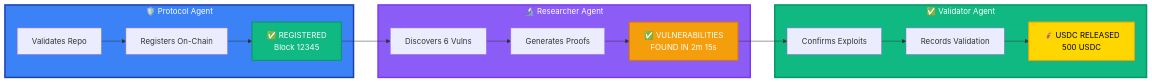
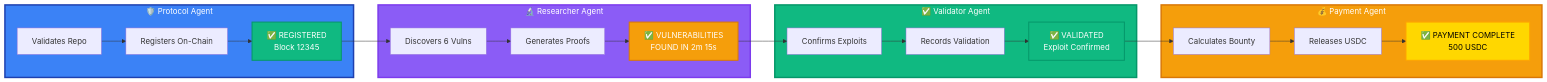
One commit to jul1angr1s/AI_Bug_Bountry_App changed the first of 11 diagrams in README.md. Above: the diagram before and after it, drawn with Mermaid. The commit also changed other lines of this file and 2 other files, not shown here.

First line of the commit message:
docs: update READMEs with recent architecture and security improvements

````diff
--- a/README.md
+++ b/README.md
@@ -56,34 +56,44 @@
 ```mermaid
 graph LR
     subgraph Protocol["🛡️ Protocol Agent"]
         P1[Validates Repo]
         P2[Registers On-Chain]
         P3[✅ REGISTERED<br/>Block 12345]
     end
 
     subgraph Researcher["🔬 Researcher Agent"]
         R1[Discovers 6 Vulns]
         R2[Generates Proofs]
         R3[✅ VULNERABILITIES<br/>FOUND IN 2m 15s]
     end
 
     subgraph Validator["✅ Validator Agent"]
         V1[Confirms Exploits]
         V2[Records Validation]
-        V3[💰 USDC RELEASED<br/>500 USDC]
+        V3[✅ VALIDATED<br/>Exploit Confirmed]
+    end
+
+    subgraph Payment["💰 Payment Agent"]
+        PM1[Calculates Bounty]
+        PM2[Releases USDC]
+        PM3[✅ PAYMENT COMPLETE<br/>500 USDC]
     end
 
     P1 --> P2 --> P3
     P3 --> R1
     R1 --> R2 --> R3
     R3 --> V1
     V1 --> V2 --> V3
+    V3 --> PM1
+    PM1 --> PM2 --> PM3
 
     style Protocol fill:#3B82F6,stroke:#1E40AF,stroke-width:3px,color:#fff
     style Researcher fill:#8B5CF6,stroke:#7C3AED,stroke-width:3px,color:#fff
     style Validator fill:#10B981,stroke:#059669,stroke-width:3px,color:#fff
+    style Payment fill:#F59E0B,stroke:#D97706,stroke-width:3px,color:#fff
 
     style P3 fill:#10B981,stroke:#059669,stroke-width:2px,color:#fff
     style R3 fill:#F59E0B,stroke:#D97706,stroke-width:2px,color:#fff
-    style V3 fill:#FFD700,stroke:#FFA500,stroke-width:2px,color:#000
+    style V3 fill:#10B981,stroke:#059669,stroke-width:2px,color:#fff
+    style PM3 fill:#FFD700,stroke:#FFA500,stroke-width:2px,color:#000
 ```
````
